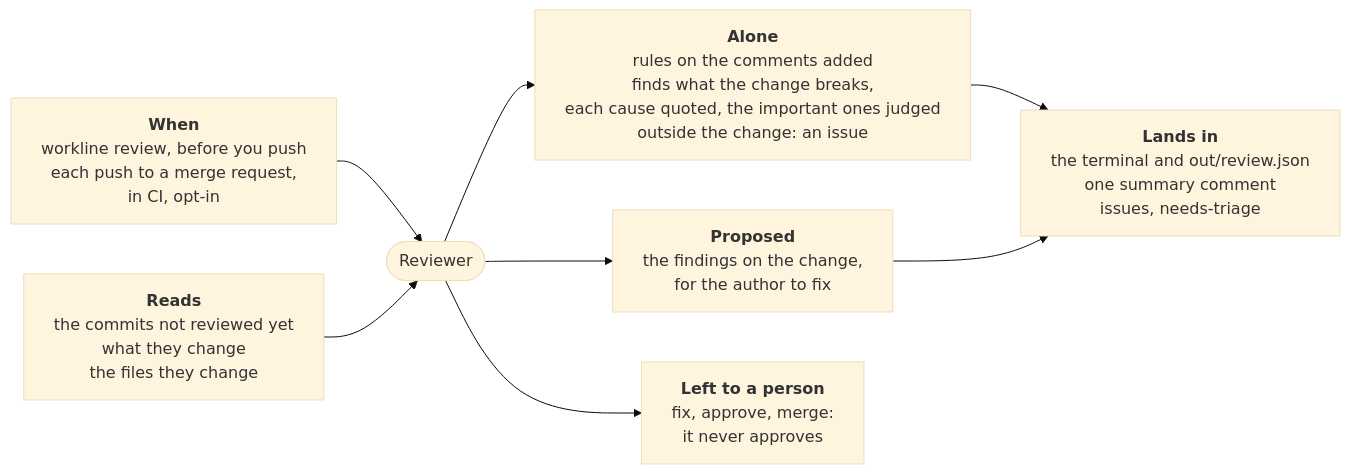
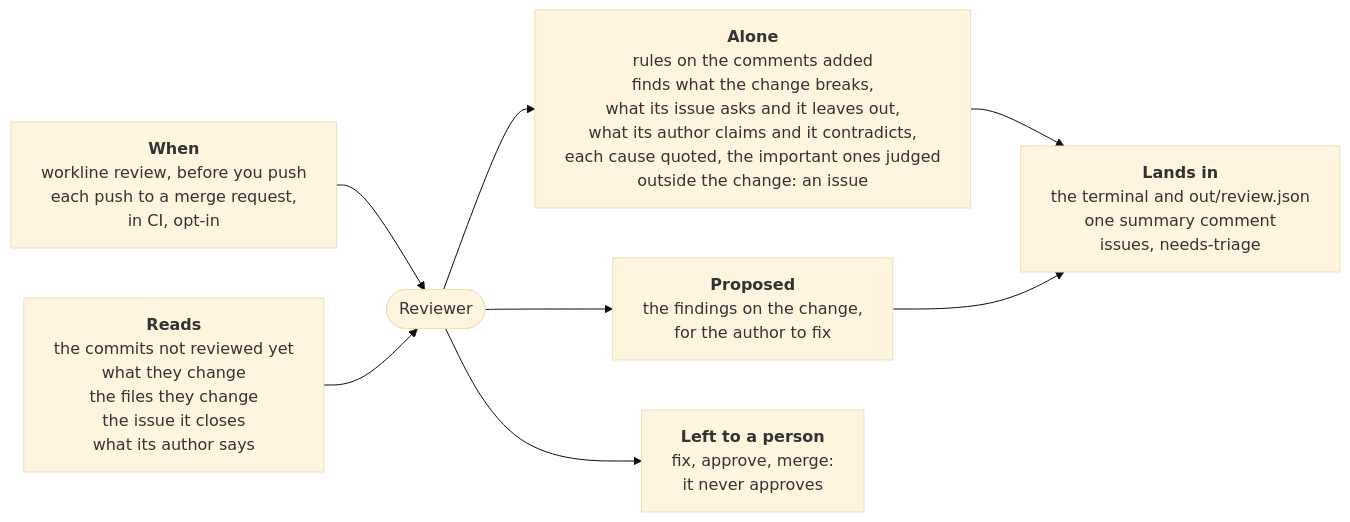
Before and after one commit to JN0V/workline: the diagram in roles/reviewer/README.md, drawn with Mermaid (base theme). The commit also changed other lines of this file and 46 other files, not shown here.

Commit message:
feat(reviewer): check a change against its issue and its author's claims (#240)

````diff
--- a/roles/reviewer/README.md
+++ b/roles/reviewer/README.md
@@ -8,16 +8,16 @@
 ```mermaid
 %%{init: {"flowchart": {"wrappingWidth": 400}}}%%
 flowchart LR
   when["<b>When</b><br/>workline review, before you push<br/>each push to a merge request,<br/>in CI, opt-in"]
-  reads["<b>Reads</b><br/>the commits not reviewed yet<br/>what they change<br/>the files they change"]
+  reads["<b>Reads</b><br/>the commits not reviewed yet<br/>what they change<br/>the files they change<br/>the issue it closes<br/>what its author says"]
   role(["Reviewer"])
-  alone["<b>Alone</b><br/>rules on the comments added<br/>finds what the change breaks,<br/>each cause quoted, the important ones judged<br/>outside the change: an issue"]
+  alone["<b>Alone</b><br/>rules on the comments added<br/>finds what the change breaks,<br/>what its issue asks and it leaves out,<br/>what its author claims and it contradicts,<br/>each cause quoted, the important ones judged<br/>outside the change: an issue"]
   proposed["<b>Proposed</b><br/>the findings on the change,<br/>for the author to fix"]
   person["<b>Left to a person</b><br/>fix, approve, merge:<br/>it never approves"]
   out["<b>Lands in</b><br/>the terminal and out/review.json<br/>one summary comment<br/>issues, needs-triage"]
   when --> role
   reads --> role
   role --> alone --> out
   role --> proposed --> out
   role --> person
 ```
````
